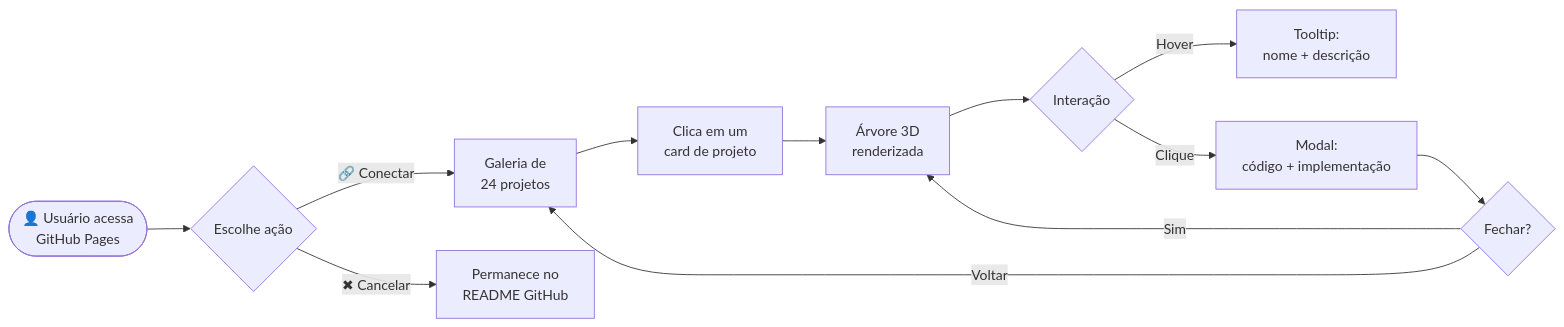
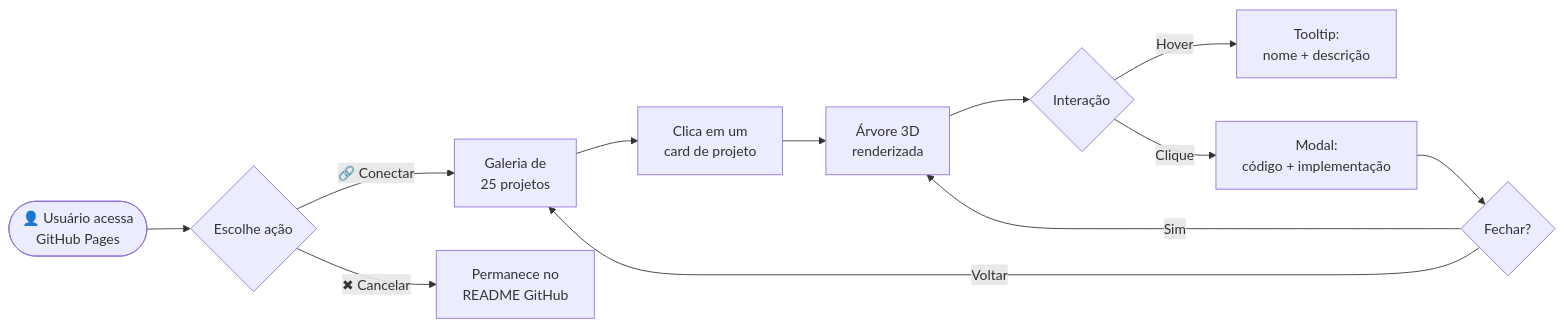
Before and after one commit to CanonEngineer/TreeofKnowledge: the second of 5 diagrams in README.md, drawn with Mermaid. The commit also changed other lines of this file and 4 other files, not shown here.

````diff
--- a/README.md
+++ b/README.md
@@ -185,14 +186,14 @@
 ```mermaid
 flowchart LR
     A(["👤 Usuário acessa<br/>GitHub Pages"]) --> B{"Escolhe ação"}
-    B -->|"🔗 Conectar"| C["Galeria de<br/>24 projetos"]
+    B -->|"🔗 Conectar"| C["Galeria de<br/>25 projetos"]
     B -->|"✖ Cancelar"| D["Permanece no<br/>README GitHub"]
     C --> E["Clica em um<br/>card de projeto"]
     E --> F["Árvore 3D<br/>renderizada"]
     F --> G{"Interação"}
     G -->|"Hover"| H["Tooltip:<br/>nome + descrição"]
     G -->|"Clique"| I["Modal:<br/>código + implementação"]
     I --> J{"Fechar?"}
     J -->|"Sim"| F
     J -->|"Voltar"| C
 ```
````
